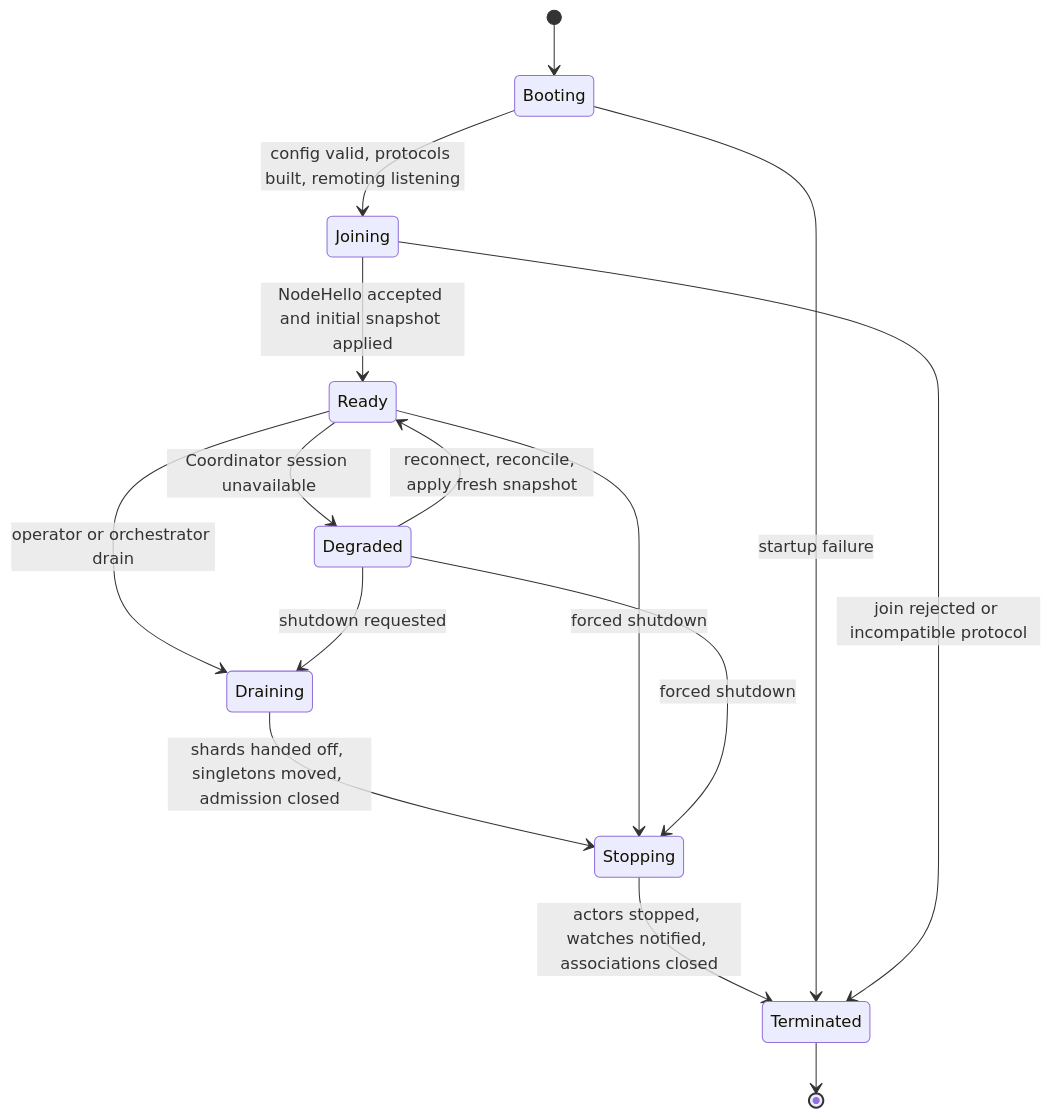
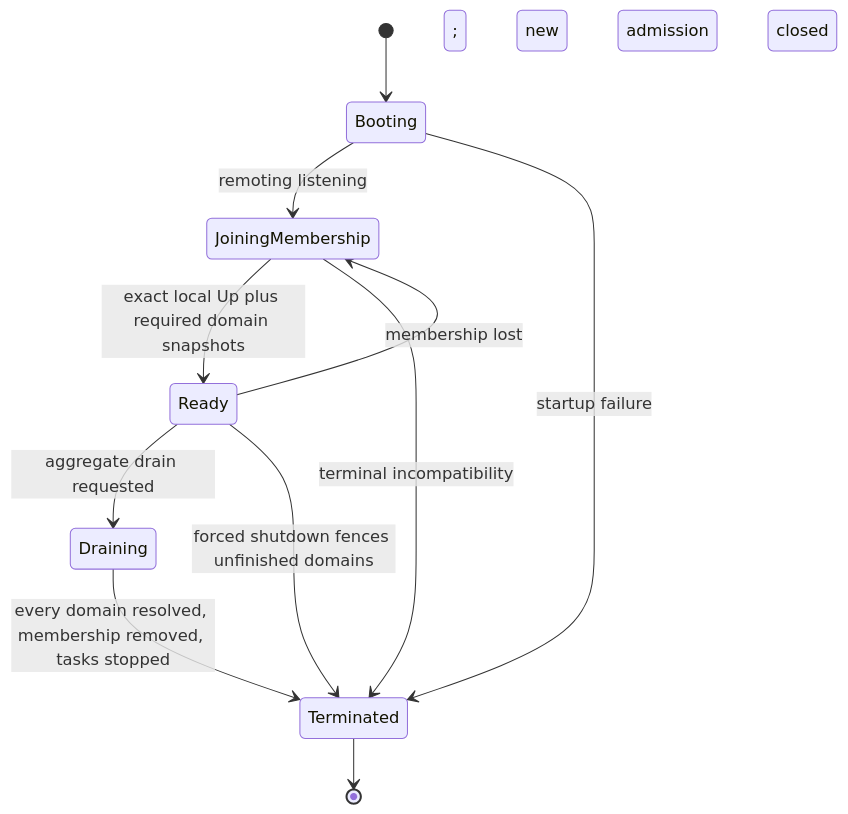
The eighth of 11 diagrams in docs/architecture/00-overview.md (realm-labs/lattice), drawn with Mermaid before and after one commit. The commit also changed other lines of this file and 27 other files, not shown here.

Commit message:
test(placement): complete coordinator domain hard switch

````diff
--- a/docs/architecture/00-overview.md
+++ b/docs/architecture/00-overview.md
@@ -447,17 +465,13 @@
 ```mermaid
 stateDiagram-v2
     [*] --> Booting
-    Booting --> Joining: config valid, protocols built, remoting listening
-    Joining --> Ready: NodeHello accepted and initial snapshot applied
-    Ready --> Degraded: Coordinator session unavailable
-    Degraded --> Ready: reconnect, reconcile, apply fresh snapshot
-    Ready --> Draining: operator or orchestrator drain
-    Degraded --> Draining: shutdown requested
-    Draining --> Stopping: shards handed off, singletons moved, admission closed
-    Stopping --> Terminated: actors stopped, watches notified, associations closed
+    Booting --> JoiningMembership: remoting listening
+    JoiningMembership --> Ready: exact local Up plus required domain snapshots
+    Ready --> JoiningMembership: membership lost; new admission closed
+    Ready --> Draining: aggregate drain requested
+    Draining --> Terminated: every domain resolved, membership removed, tasks stopped
     Booting --> Terminated: startup failure
-    Joining --> Terminated: join rejected or incompatible protocol
-    Ready --> Stopping: forced shutdown
-    Degraded --> Stopping: forced shutdown
+    JoiningMembership --> Terminated: terminal incompatibility
+    Ready --> Terminated: forced shutdown fences unfinished domains
     Terminated --> [*]
 ```
````
